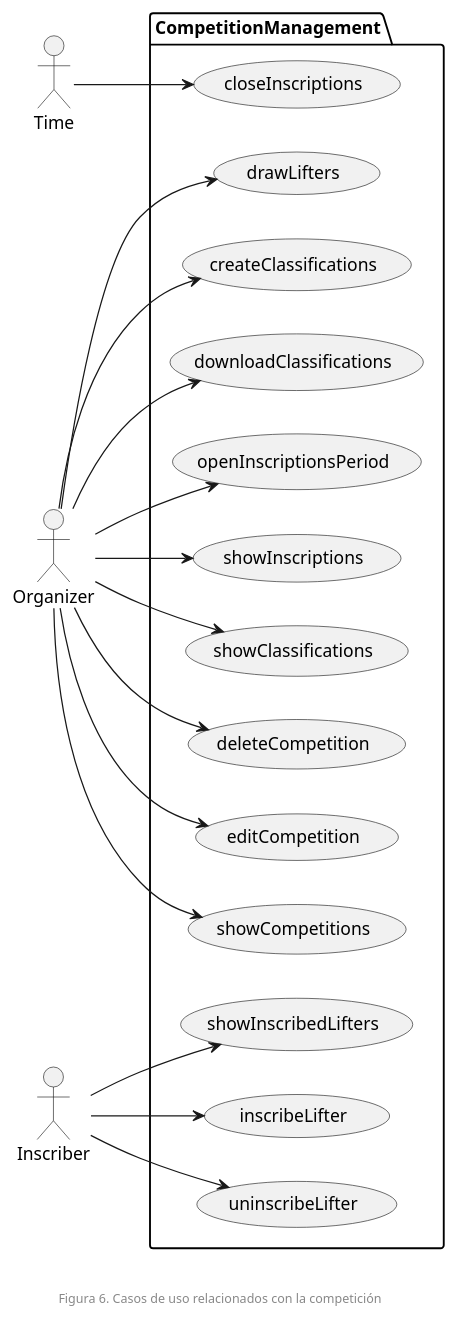
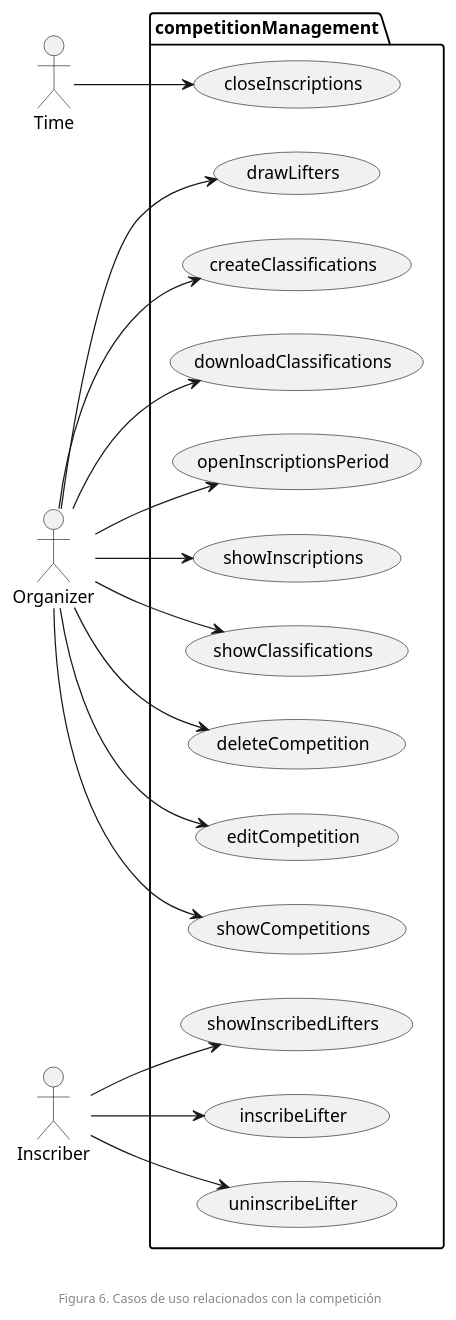
The diagram in documentation/diagrams/1_requirements/1_usecases/competitionBureaucracy.puml (zuldare/mastercloud_pfm_halterocms), drawn with PlantUML before and after one commit. The commit also changed 5 other files, not shown here.

```diff
--- a/documentation/diagrams/1_requirements/1_usecases/competitionBureaucracy.puml
+++ b/documentation/diagrams/1_requirements/1_usecases/competitionBureaucracy.puml
@@ -1,39 +1,39 @@
 @startuml
 left to right direction
 
-package CompetitionManagement {
+package competitionManagement {
  usecase openInscriptionsPeriod
  usecase showInscriptions
  usecase closeInscriptions
 
  usecase deleteCompetition
  usecase editCompetition
  usecase showCompetitions
 
  usecase drawLifters
  usecase inscribeLifter
  usecase uninscribeLifter
  usecase showInscribedLifters
 
  usecase createClassifications
  usecase downloadClassifications
  usecase showClassifications
 }
 
 Time --> closeInscriptions
 Organizer --> openInscriptionsPeriod
 Organizer --> showInscriptions
 Organizer --> drawLifters
 Organizer --> deleteCompetition
 Organizer --> editCompetition
 Organizer --> showCompetitions
 Organizer --> createClassifications
 Organizer --> showClassifications
 Organizer --> downloadClassifications
 
 Inscriber --> inscribeLifter
 Inscriber --> uninscribeLifter
 Inscriber --> showInscribedLifters
 
 footer \n\nFigura 6. Casos de uso relacionados con la competición
 @enduml
```
